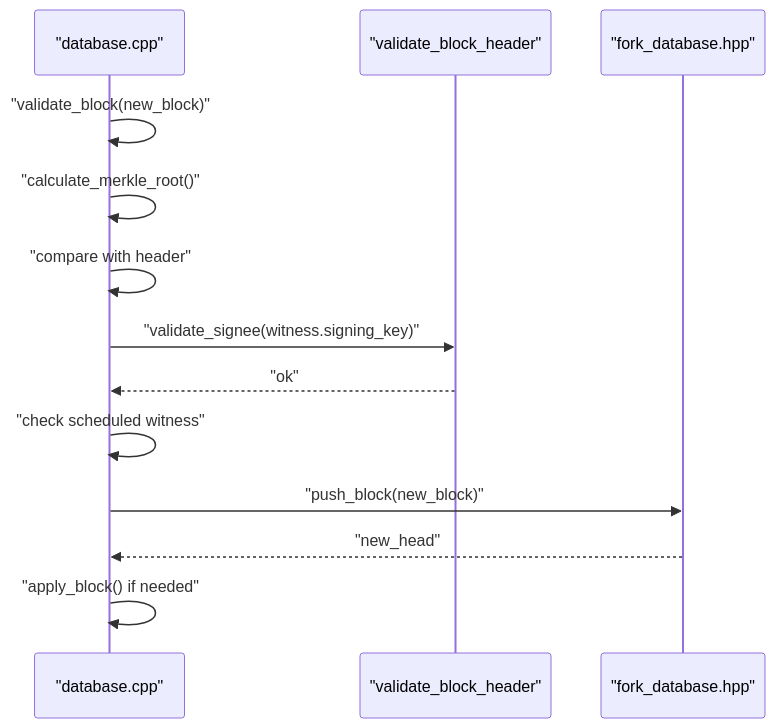
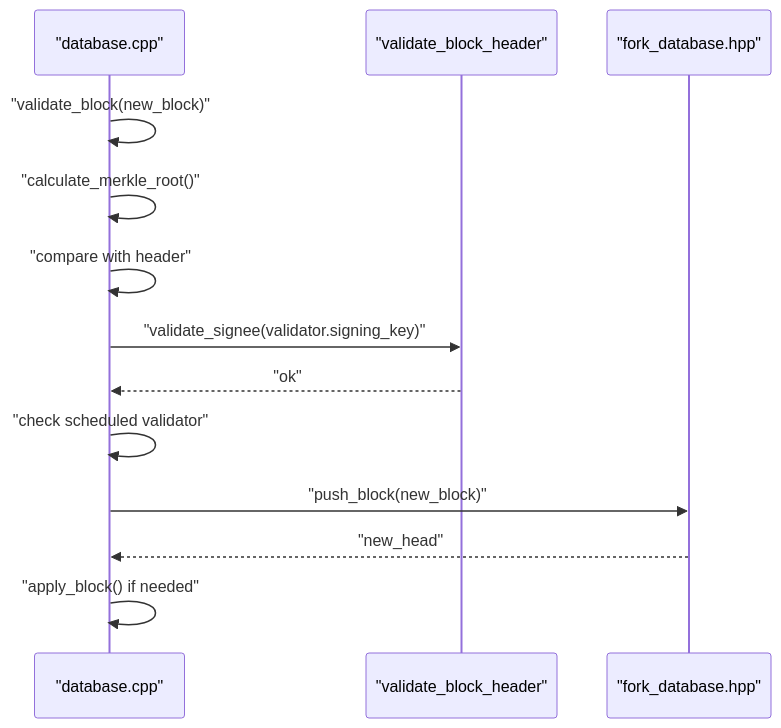
Before and after one commit to VIZ-Blockchain/viz-cpp-node: the fifth of 9 diagrams in .qoder/repowiki/en/content/Architecture Overview/Core Libraries/Protocol Library/Block Structures.md, drawn with Mermaid. The commit also changed other lines of this file and 88 other files, not shown here.

First line of the commit message:
docs(validator): rename witness to validator throughout documentation

````diff
--- a/.qoder/repowiki/en/content/Architecture Overview/Core Libraries/Protocol Library/Block Structures.md
+++ b/.qoder/repowiki/en/content/Architecture Overview/Core Libraries/Protocol Library/Block Structures.md
@@ -216,15 +216,15 @@
 ```mermaid
 sequenceDiagram
 participant DB as "database.cpp"
 participant FH as "validate_block_header"
 participant Fork as "fork_database.hpp"
 DB->>DB : "validate_block(new_block)"
 DB->>DB : "calculate_merkle_root()"
 DB->>DB : "compare with header"
-DB->>FH : "validate_signee(witness.signing_key)"
+DB->>FH : "validate_signee(validator.signing_key)"
 FH-->>DB : "ok"
-DB->>DB : "check scheduled witness"
+DB->>DB : "check scheduled validator"
 DB->>Fork : "push_block(new_block)"
 Fork-->>DB : "new_head"
 DB->>DB : "apply_block() if needed"
 ```
````
